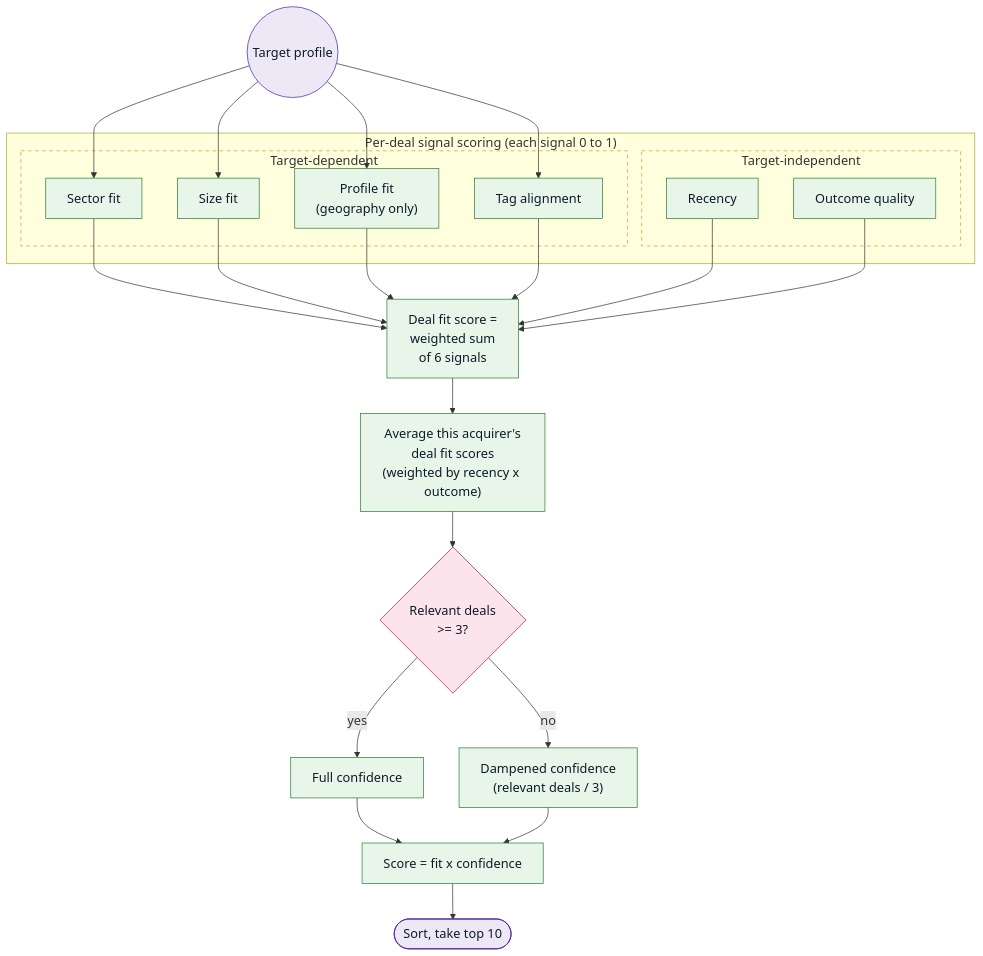
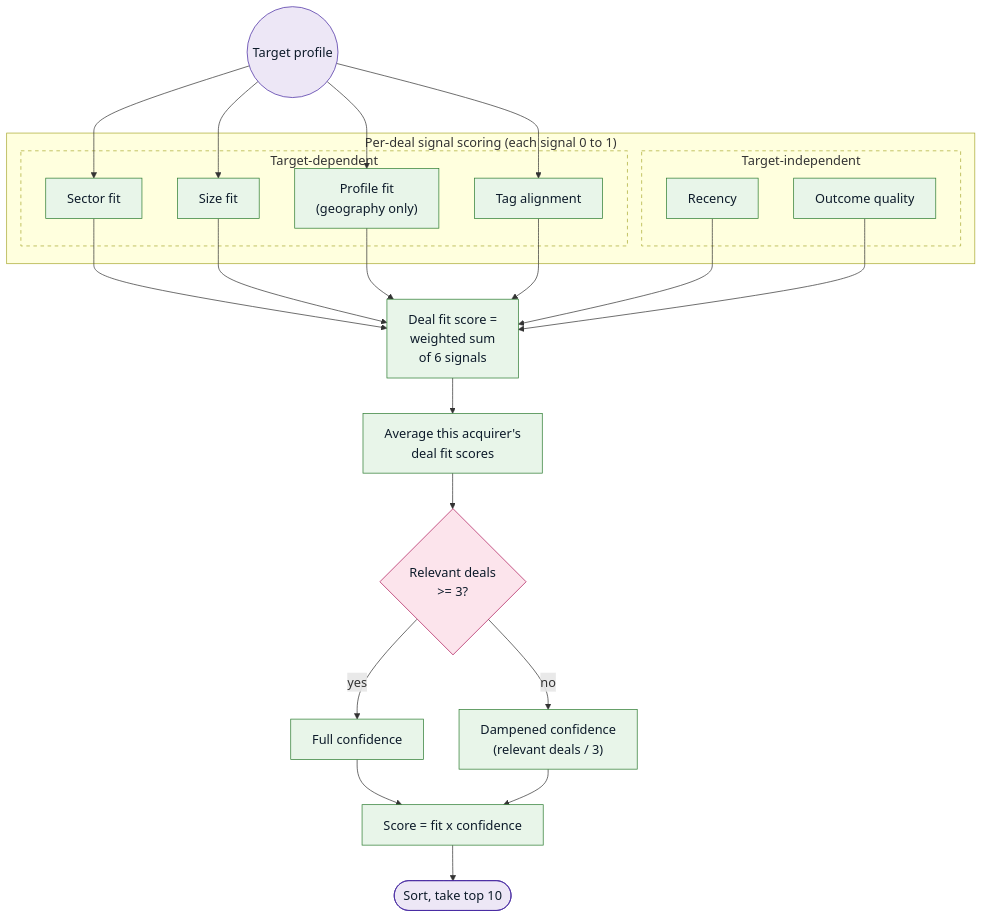
One commit to pnkjsyngh/ma-acquirer-identification-engine changed the third of 4 diagrams in README.md. Above: the diagram before and after it, drawn with Mermaid. The commit also changed other lines of this file, not shown here.

First line of the commit message:
docs: simplify Figure 3, drop the recency/outcome double-weighting detail

````diff
--- a/README.md
+++ b/README.md
@@ -184,52 +184,52 @@
 ```mermaid
 %%{init: {'themeVariables': {'fontSize': '18px'}}}%%
 flowchart TB
     TARGET(("Target profile"))
 
     subgraph PERACQUIRER["Per-deal signal scoring (each signal 0 to 1)"]
         subgraph DEPENDENT["Target-dependent"]
             SECTOR["Sector fit"]
             SIZE["Size fit"]
             PROFILE["Profile fit\n(geography only)"]
             TAG["Tag alignment"]
         end
         subgraph INDEPENDENT["Target-independent"]
             RECENCY["Recency"]
             OUTCOME["Outcome quality"]
         end
     end
 
     TARGET --> SECTOR
     TARGET --> SIZE
     TARGET --> PROFILE
     TARGET --> TAG
 
     SECTOR --> DEALFIT
     SIZE --> DEALFIT
     PROFILE --> DEALFIT
     TAG --> DEALFIT
     RECENCY --> DEALFIT
     OUTCOME --> DEALFIT
 
     DEALFIT["Deal fit score =\nweighted sum\nof 6 signals"]
-    DEALFIT --> ROLLUP["Average this acquirer's\ndeal fit scores\n(weighted by recency x outcome)"]
+    DEALFIT --> ROLLUP["Average this acquirer's\ndeal fit scores"]
     ROLLUP --> COUNT{"Relevant deals\n>= 3?"}
     COUNT -->|yes| FULL["Full confidence"]
     COUNT -->|no| DAMPENED["Dampened confidence\n(relevant deals / 3)"]
     FULL --> SCORE["Score = fit x confidence"]
     DAMPENED --> SCORE
     SCORE --> RANK(["Sort, take top 10"])
 
     classDef targetNode fill:#ede7f6,stroke:#4527a0,color:#0d1b2a
     classDef deterministicNode fill:#e8f5e9,stroke:#2e7d32,color:#0d1b2a
     classDef gateNode fill:#fce4ec,stroke:#ad1457,color:#0d1b2a
     classDef outputNode fill:#ede7f6,stroke:#4527a0,color:#0d1b2a
 
     class TARGET targetNode
     class SECTOR,SIZE,PROFILE,TAG,RECENCY,OUTCOME,DEALFIT,ROLLUP,FULL,DAMPENED,SCORE deterministicNode
     class COUNT gateNode
     class RANK outputNode
 
     style DEPENDENT stroke-dasharray: 5 5
     style INDEPENDENT stroke-dasharray: 5 5
 ```
````
